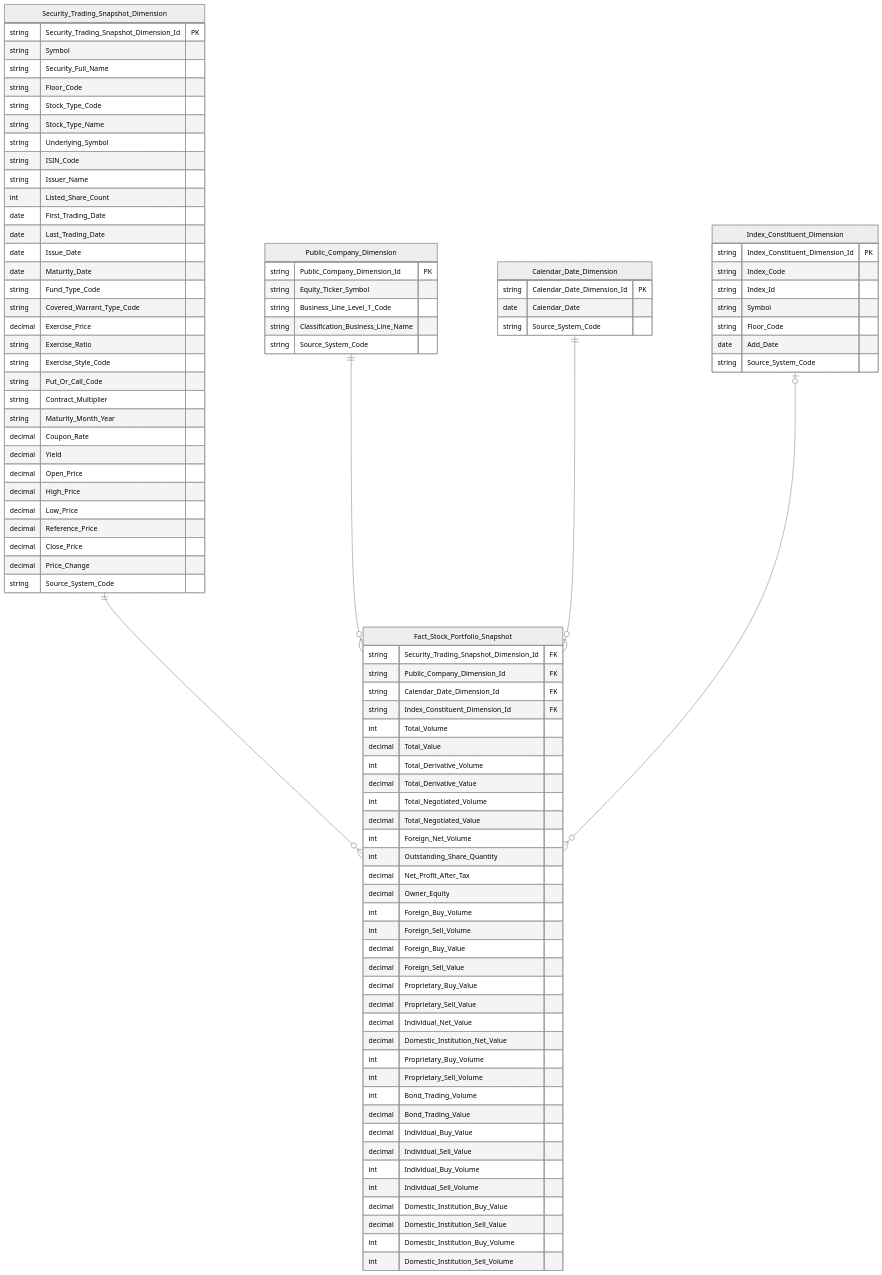
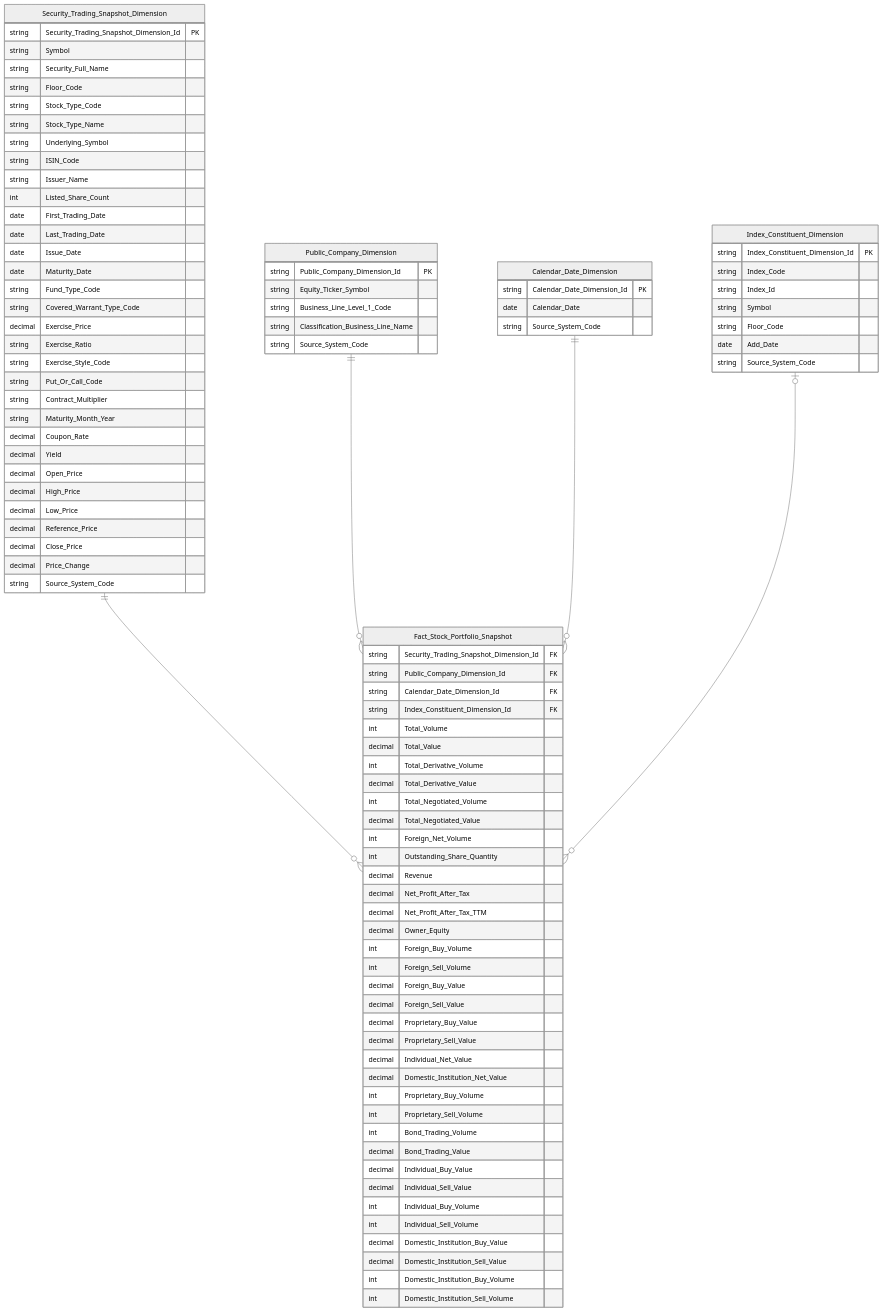
The fifth of 58 diagrams in Datamart/hld/DTM_GSTT_HLD.md (linhlvit/ubck_atomic_design), drawn with Mermaid (neutral theme) before and after one commit. The commit also changed other lines of this file and 9 other files, not shown here.

```diff
--- a/Datamart/hld/DTM_GSTT_HLD.md
+++ b/Datamart/hld/DTM_GSTT_HLD.md
@@ -246,7 +246,9 @@
         decimal Total_Negotiated_Value
         int Foreign_Net_Volume
         int Outstanding_Share_Quantity
+        decimal Revenue
         decimal Net_Profit_After_Tax
+        decimal Net_Profit_After_Tax_TTM
         decimal Owner_Equity
         int Foreign_Buy_Volume
         int Foreign_Sell_Volume
```
